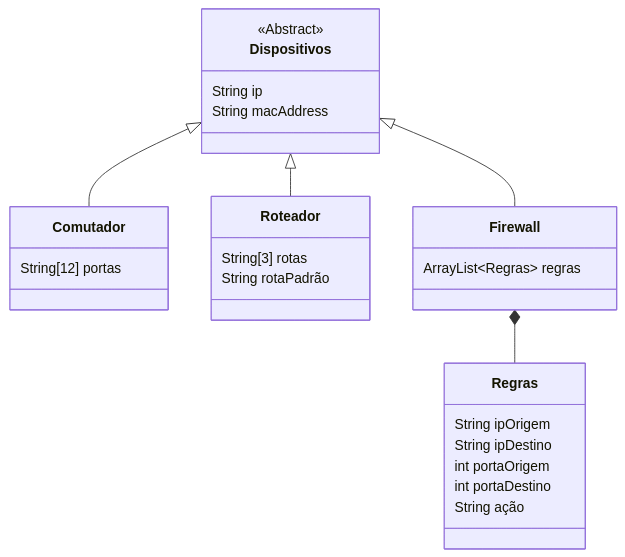
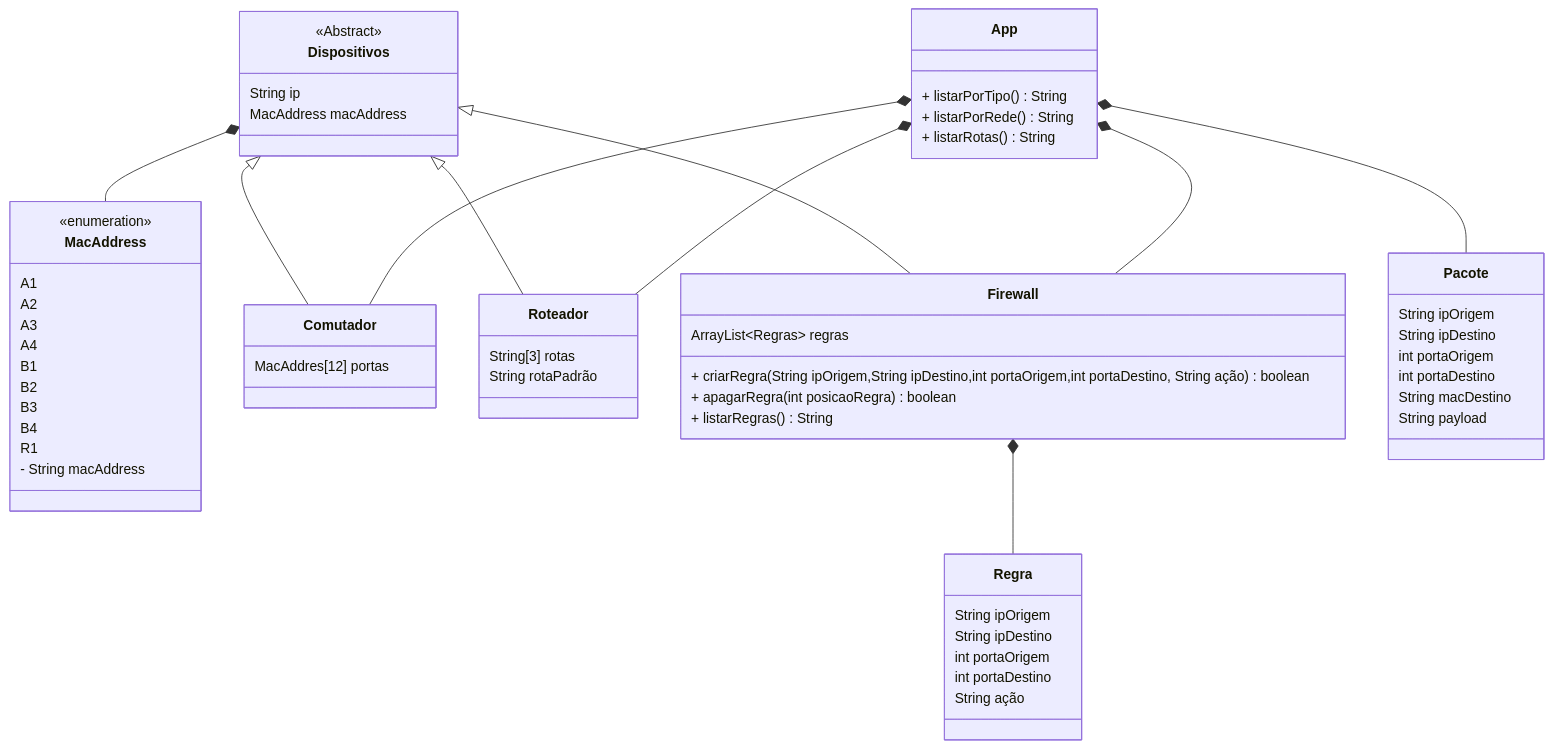
The diagram in README.md (vgguerra/Network-Simulator), drawn with Mermaid before and after one commit.

Commit message:
Modelando UML

````diff
--- a/README.md
+++ b/README.md
@@ -1,35 +1,75 @@
 ```mermaid
 classDiagram
+    
+    class MacAddress{
+        <<enumeration>>
+        A1
+        A2
+        A3
+        A4
+        B1
+        B2
+        B3
+        B4
+        R1
+        
+        - String macAddress
+    }
+        
     
     class Dispositivos{
         <<Abstract>>
         String ip
-        String macAddress
+        MacAddress macAddress
     }
     
     class Comutador{
-        String[12] portas
+        MacAddres[12] portas
     }
     
     class Roteador{
         String[3] rotas
         String rotaPadrão
     }
     
-    class Regras{
+    class Regra{
         String ipOrigem
         String ipDestino
         int portaOrigem
         int portaDestino
         String ação
     }
     
     class Firewall{
         ArrayList~Regras~ regras
+
+        + criarRegra(String ipOrigem,String ipDestino,int portaOrigem,int portaDestino, String ação) boolean
+        + apagarRegra(int posicaoRegra) boolean
+        + listarRegras() String
+    }
+    
+    class Pacote{
+        String ipOrigem
+        String ipDestino
+        int portaOrigem
+        int portaDestino
+        String macDestino
+        String payload
+    }
+    
+    class App{
+        + listarPorTipo() String
+        + listarPorRede() String
+        + listarRotas() String
     }
         
 Dispositivos <|-- Comutador
 Dispositivos <|-- Roteador
 Dispositivos <|-- Firewall
-Firewall *-- Regras 
+Firewall *-- Regra
+Dispositivos *-- MacAddress
+App *-- Comutador
+App *-- Firewall
+App *-- Roteador
+App *-- Pacote
 ```
````
